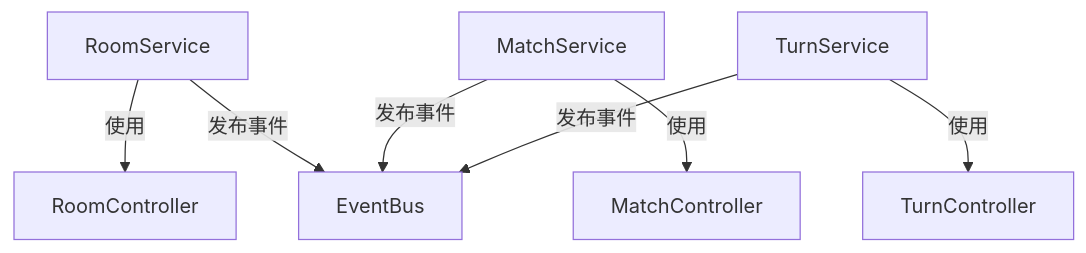
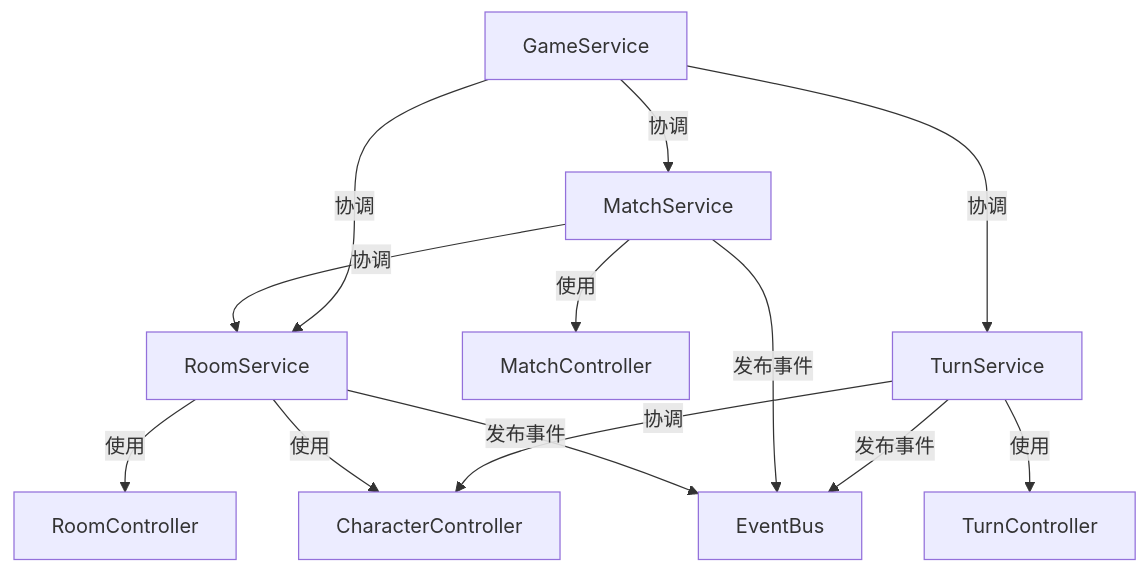
Before and after one commit to crossagent/paotuan: the fourth of 6 diagrams in docs/架构.md, drawn with Mermaid. The commit also changed other lines of this file and 9 other files, not shown here.

````diff
--- a/docs/架构.md
+++ b/docs/架构.md
@@ -125,10 +135,19 @@
 ```mermaid
 graph TD
     RoomService --> |使用| RoomController
+    RoomService --> |使用| CharacterController
+    
     MatchService --> |使用| MatchController
+    MatchService --> |协调| RoomService
+    
     TurnService --> |使用| TurnController
+    TurnService --> |协调| CharacterController
+    
+    GameService --> |协调| RoomService
+    GameService --> |协调| MatchService
+    GameService --> |协调| TurnService
     
     RoomService --> |发布事件| EventBus
     MatchService --> |发布事件| EventBus
     TurnService --> |发布事件| EventBus
 ```
````
